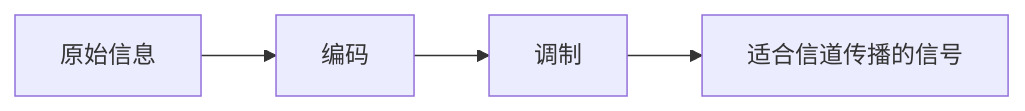
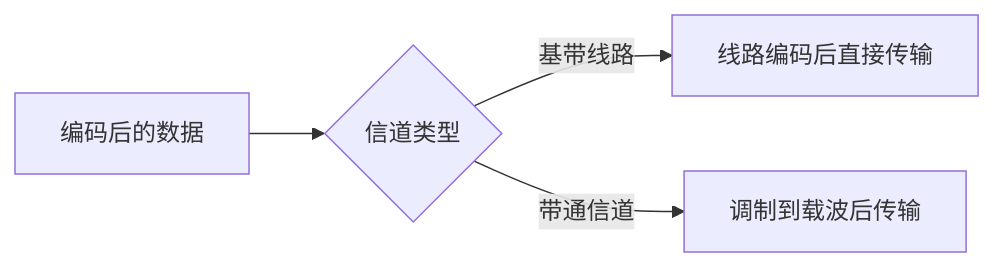
The diagram in 01_综合知识/01_计算机系统基础知识/03_计算机网络/编码调制与解调译码.md (74262195/system-architect-notes), drawn with Mermaid before and after one commit. The commit also changed other lines of this file and 19 other files, not shown here.

````diff
--- a/01_综合知识/01_计算机系统基础知识/03_计算机网络/编码调制与解调译码.md
+++ b/01_综合知识/01_计算机系统基础知识/03_计算机网络/编码调制与解调译码.md
@@ -28,6 +53,6 @@
-```mermaid
+~~~mermaid
 flowchart LR
-    A["原始信息"] --> B["编码"]
-    B --> C["调制"]
-    C --> D["适合信道传播的信号"]
-```
+    A["编码后的数据"] --> B{"信道类型"}
+    B -->|基带线路| C["线路编码后直接传输"]
+    B -->|带通信道| D["调制到载波后传输"]
+~~~
````
